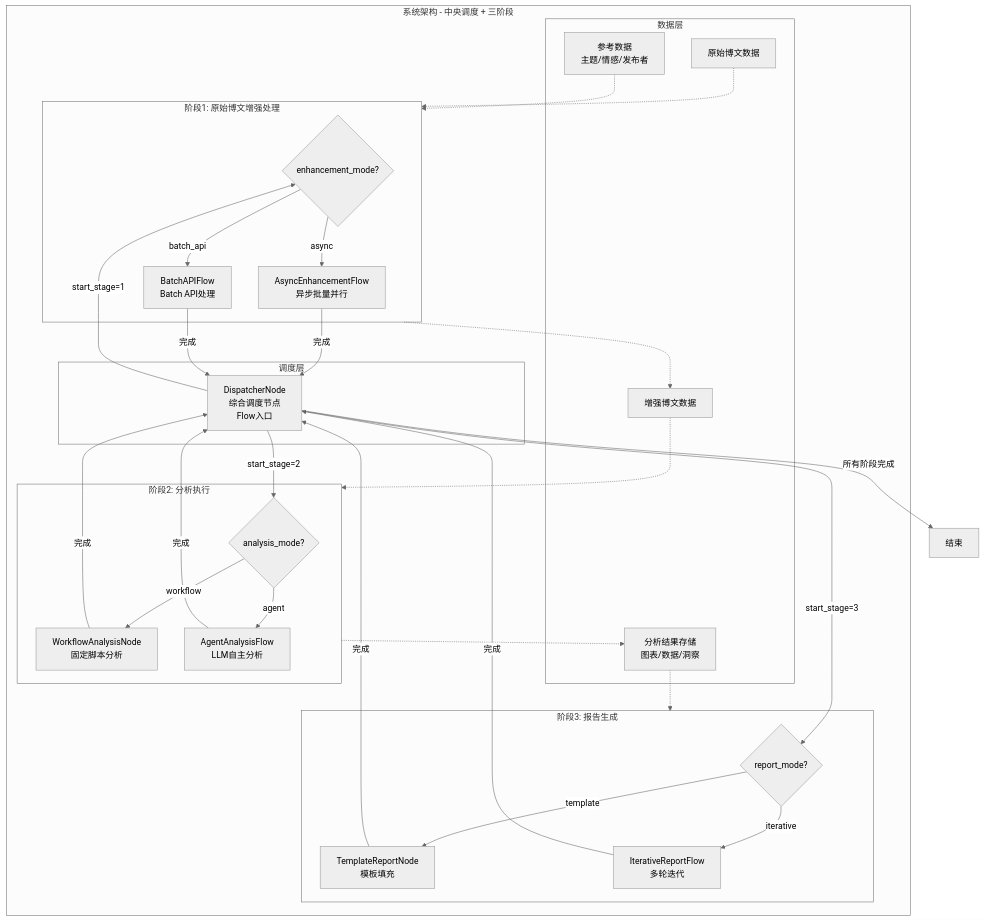
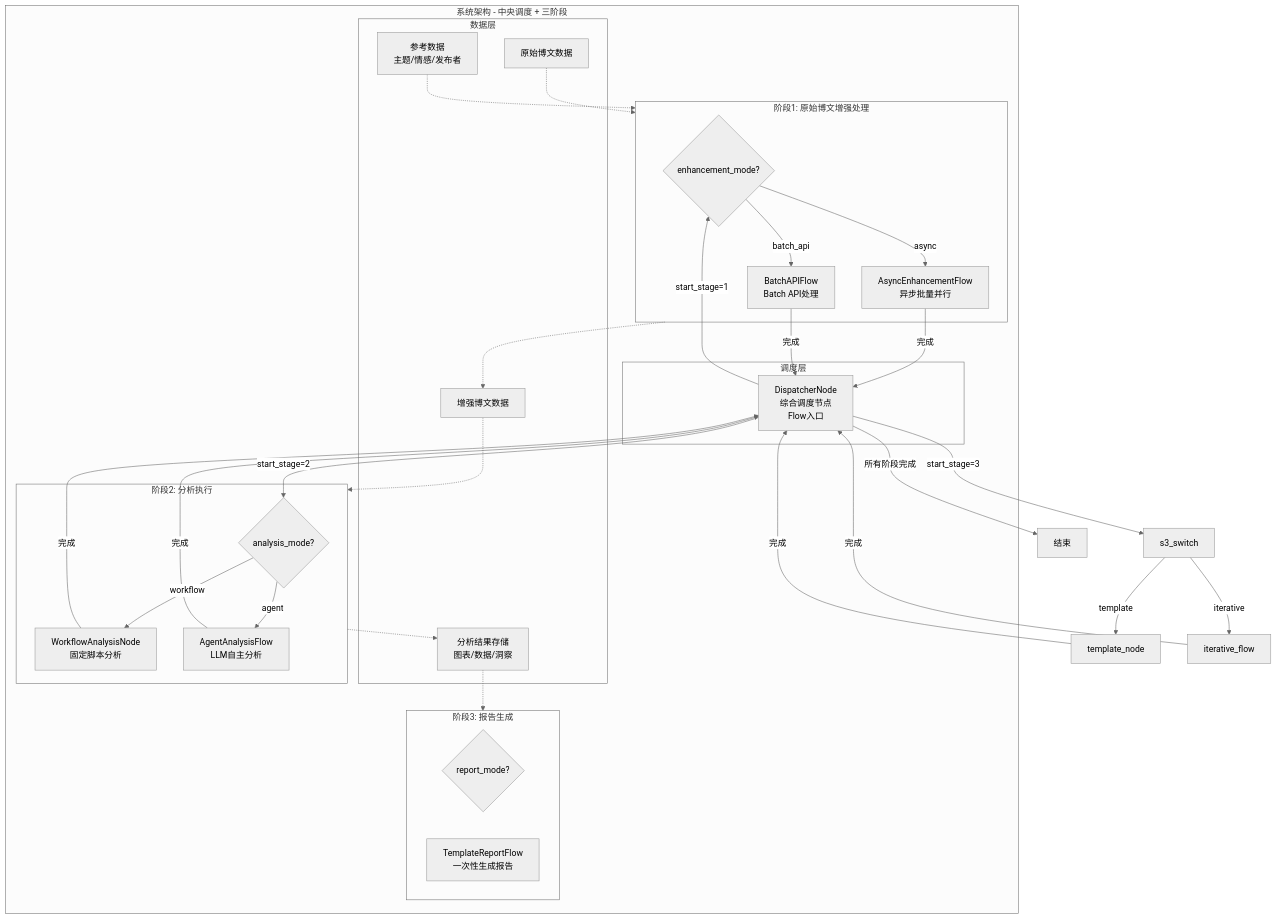
Before and after one commit to Hyacehila/AnalysisPosts: the first of 7 diagrams in doc/design.md, drawn with Mermaid (neutral theme). The commit also changed other lines of this file and 10 other files, not shown here.

````diff
--- a/doc/design.md
+++ b/doc/design.md
@@ -208,61 +208,60 @@
 ```mermaid
 flowchart TB
     subgraph SystemArchitecture[系统架构 - 中央调度 + 三阶段]
         subgraph DataLayer[数据层]
             raw_data[原始博文数据]
             enhanced_data[增强博文数据]
             analysis_results[分析结果存储<br/>图表/数据/洞察]
             reference_data[参考数据<br/>主题/情感/发布者]
         end
         
         subgraph DispatcherLayer[调度层]
             dispatcher[DispatcherNode<br/>综合调度节点<br/>Flow入口]
         end
         
         subgraph Stage1[阶段1: 原始博文增强处理]
             s1_switch{enhancement_mode?}
             async_flow[AsyncEnhancementFlow<br/>异步批量并行]
             batch_flow[BatchAPIFlow<br/>Batch API处理]
         end
         
         subgraph Stage2[阶段2: 分析执行]
             s2_switch{analysis_mode?}
             workflow_node[WorkflowAnalysisNode<br/>固定脚本分析]
             agent_flow[AgentAnalysisFlow<br/>LLM自主分析]
         end
         
         subgraph Stage3[阶段3: 报告生成]
-            s3_switch{report_mode?}
-            template_node[TemplateReportNode<br/>模板填充]
-            iterative_flow[IterativeReportFlow<br/>多轮迭代]
+            s3_mode{report_mode?}
+            template_flow[TemplateReportFlow<br/>一次性生成报告]
         end
     end
     
     dispatcher -->|start_stage=1| s1_switch
     dispatcher -->|start_stage=2| s2_switch
     dispatcher -->|start_stage=3| s3_switch
     
     s1_switch -->|async| async_flow
     s1_switch -->|batch_api| batch_flow
     async_flow -->|完成| dispatcher
     batch_flow -->|完成| dispatcher
     
     s2_switch -->|workflow| workflow_node
     s2_switch -->|agent| agent_flow
     workflow_node -->|完成| dispatcher
     agent_flow -->|完成| dispatcher
     
     s3_switch -->|template| template_node
     s3_switch -->|iterative| iterative_flow
     template_node -->|完成| dispatcher
     iterative_flow -->|完成| dispatcher
     
     dispatcher -->|所有阶段完成| end_node[结束]
     
     raw_data -.-> Stage1
     reference_data -.-> Stage1
     Stage1 -.-> enhanced_data
     enhanced_data -.-> Stage2
     Stage2 -.-> analysis_results
     analysis_results -.-> Stage3
 ```
````
